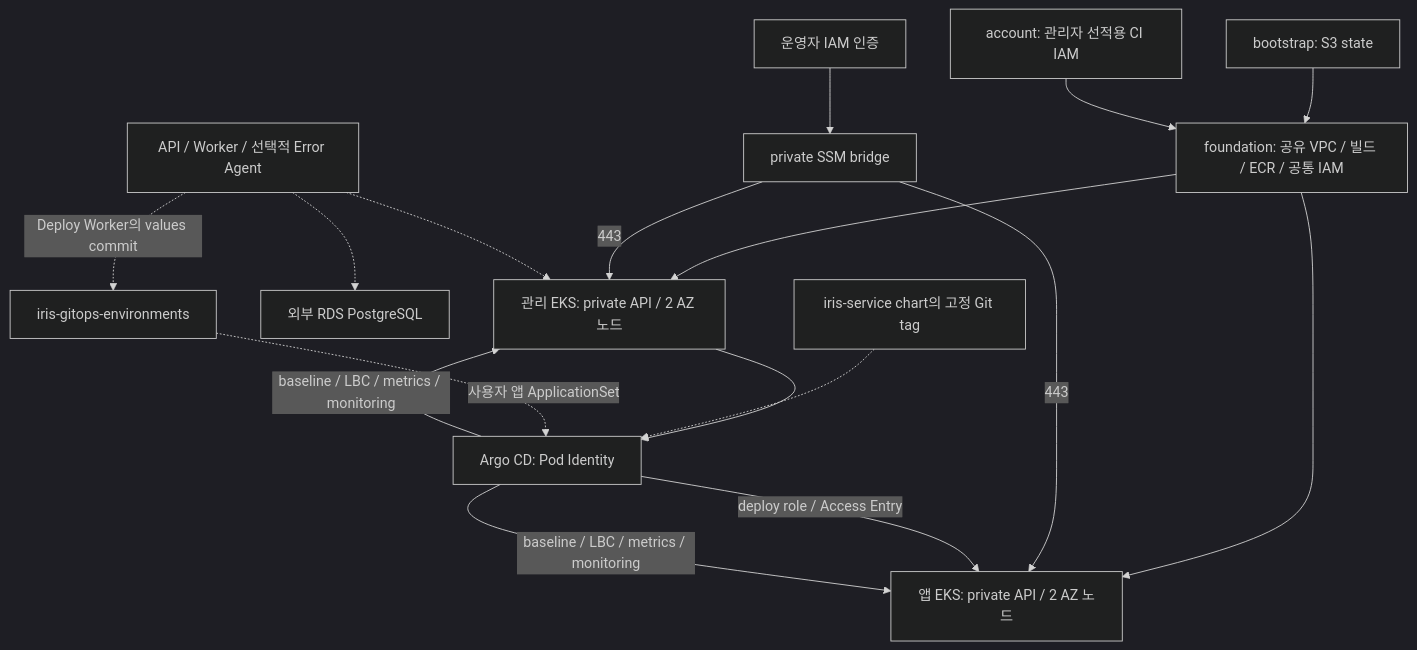
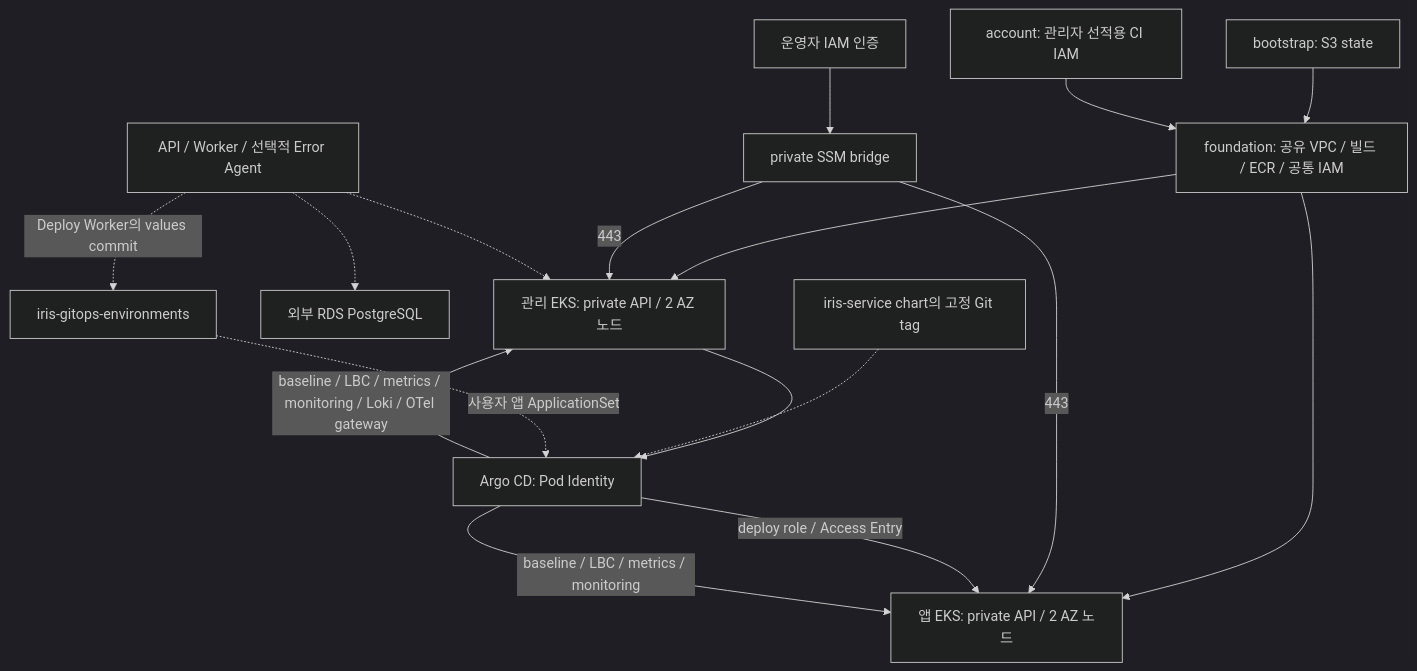
One commit to 2026-softbank-1/iris-infra changed the diagram in docs/architecture.md. Above: the diagram before and after it, drawn with Mermaid (dark theme). The commit also changed other lines of this file and 12 other files, not shown here.

First line of the commit message:
feat(observability): add Loki and OTel gateway to management EKS

````diff
--- a/docs/architecture.md
+++ b/docs/architecture.md
@@ -5,19 +5,19 @@
 ```mermaid
 flowchart TD
   S[bootstrap: S3 state] --> F[foundation: 공유 VPC / 빌드 / ECR / 공통 IAM]
   A[account: 관리자 선적용 CI IAM] --> F
   F --> M[관리 EKS: private API / 2 AZ 노드]
   F --> W[앱 EKS: private API / 2 AZ 노드]
   O[운영자 IAM 인증] --> B[private SSM bridge]
   B -->|443| M
   B -->|443| W
   M --> G[Argo CD: Pod Identity]
   G -->|deploy role / Access Entry| W
-  G -->|baseline / LBC / metrics / monitoring| M
+  G -->|baseline / LBC / metrics / monitoring / Loki / OTel gateway| M
   G -->|baseline / LBC / metrics / monitoring| W
   P[API / Worker / 선택적 Error Agent] -.-> M
   P -.-> R[외부 RDS PostgreSQL]
   P -.->|Deploy Worker의 values commit| V[iris-gitops-environments]
   C[iris-service chart의 고정 Git tag] -.-> G
   V -.->|사용자 앱 ApplicationSet| G
 ```
````
